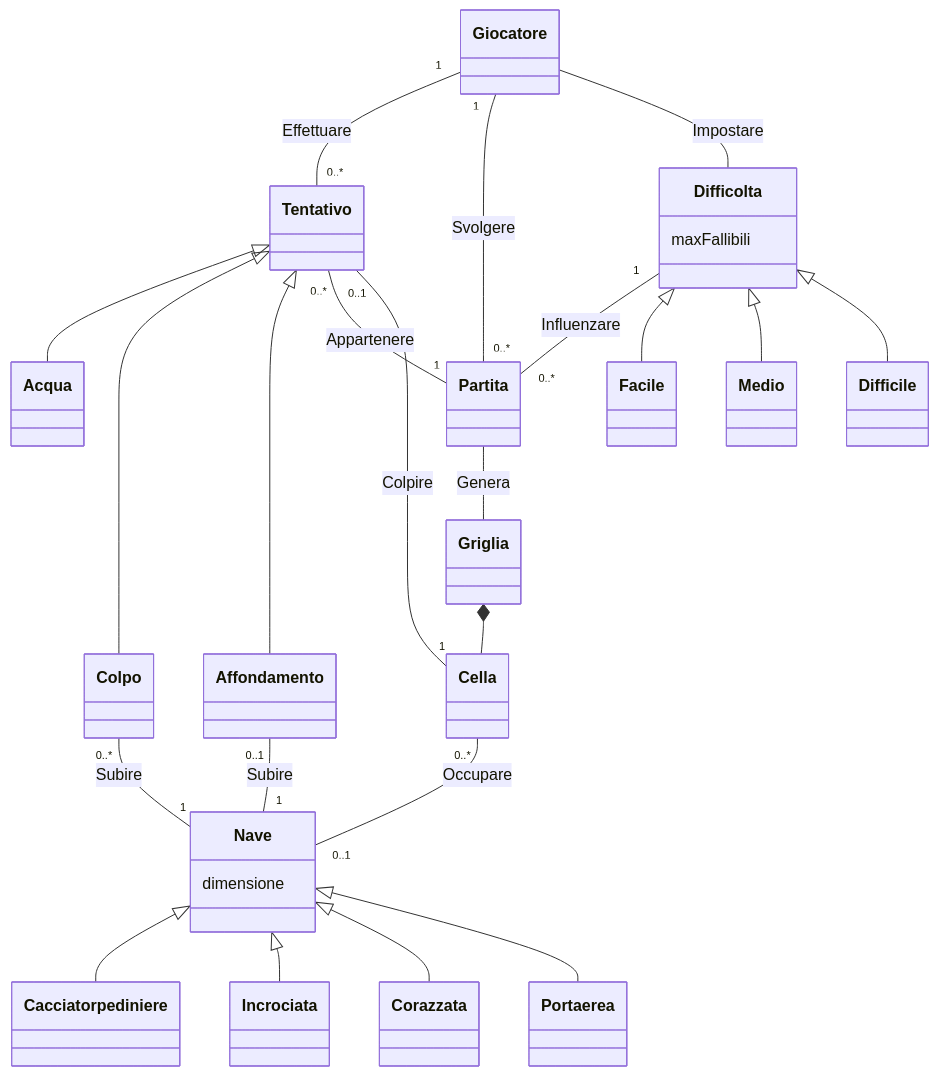
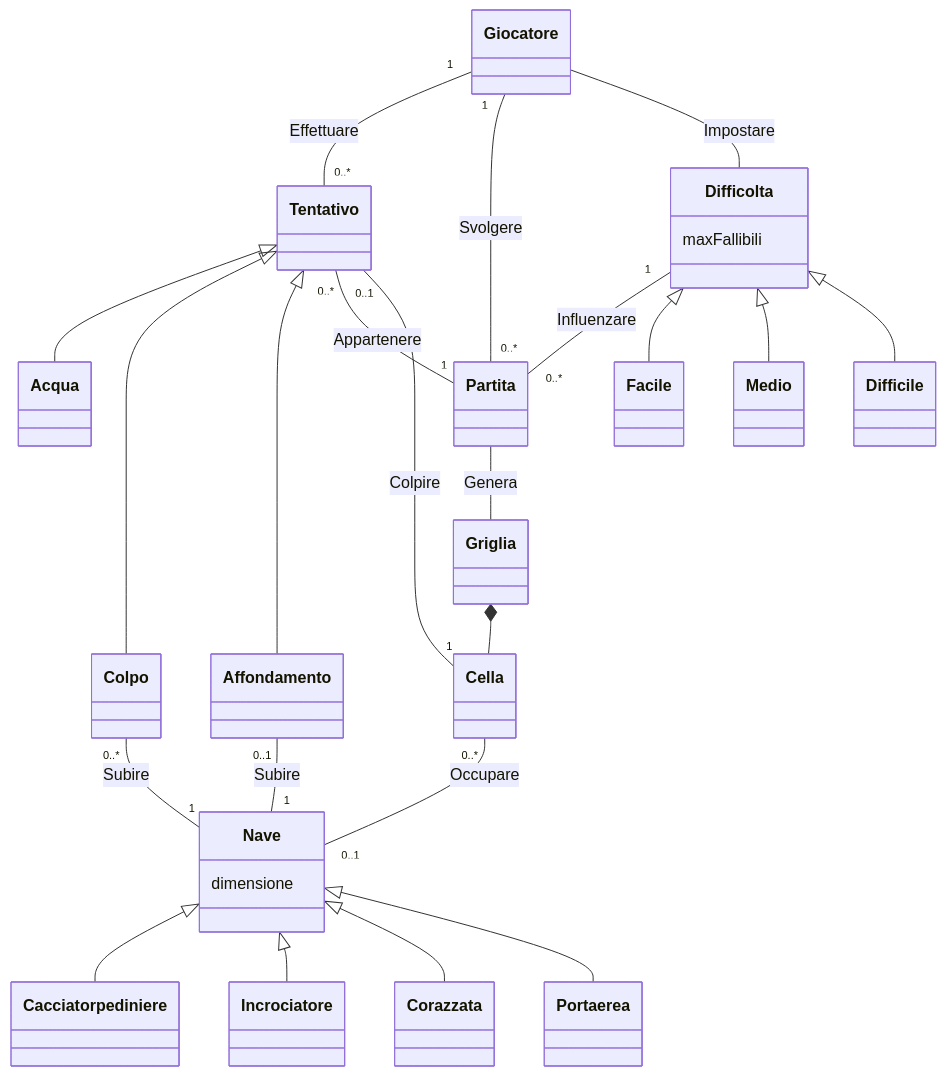
One commit to softeng2223-inf-uniba/progetto2223-thacker changed the diagram in docs/Report.md. Above: the diagram before and after it, drawn with Mermaid.

Commit message:
Corretto refuso nel nome di una specializzazione di Nave

````diff
--- a/docs/Report.md
+++ b/docs/Report.md
@@ -7,41 +7,41 @@
 ```mermaid
     
     classDiagram
         
         Giocatore "1" -- "0..*" Tentativo : Effettuare
         Giocatore "1" -- "0..*" Partita : Svolgere
         Giocatore -- Difficolta : Impostare
 
         Difficolta "1" -- "0..*" Partita : Influenzare
         Difficolta <|-- Facile
         Difficolta <|-- Medio
         Difficolta <|-- Difficile 
 
         Nave <|-- Cacciatorpediniere
-        Nave <|-- Incrociata
+        Nave <|-- Incrociatore
         Nave <|-- Corazzata
         Nave <|-- Portaerea
         
         Tentativo <|-- Acqua
         Tentativo <|-- Colpo
         Tentativo <|-- Affondamento
         Tentativo "0..*" -- "1" Partita : Appartenere
         Tentativo "0..1" -- "1" Cella : Colpire
 
         Griglia *-- Cella
         Partita -- Griglia : Genera
         Cella "0..*" -- "0..1" Nave : Occupare
         Colpo "0..*" -- "1" Nave : Subire
         Affondamento "0..1" -- "1" Nave : Subire
 
 
         class Nave{
             dimensione
         }
 
         class Difficolta{
             maxFallibili
         }
 
 
 ```
````
